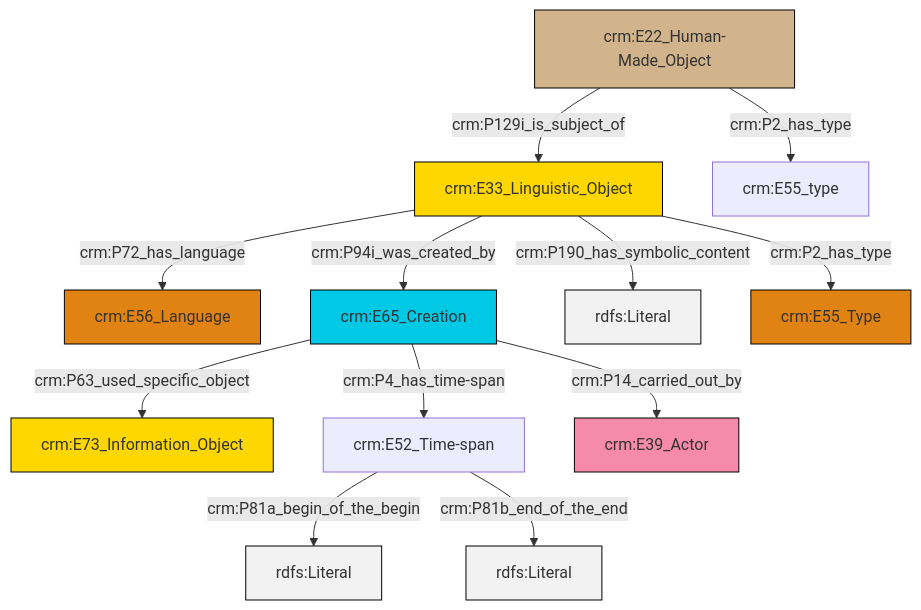
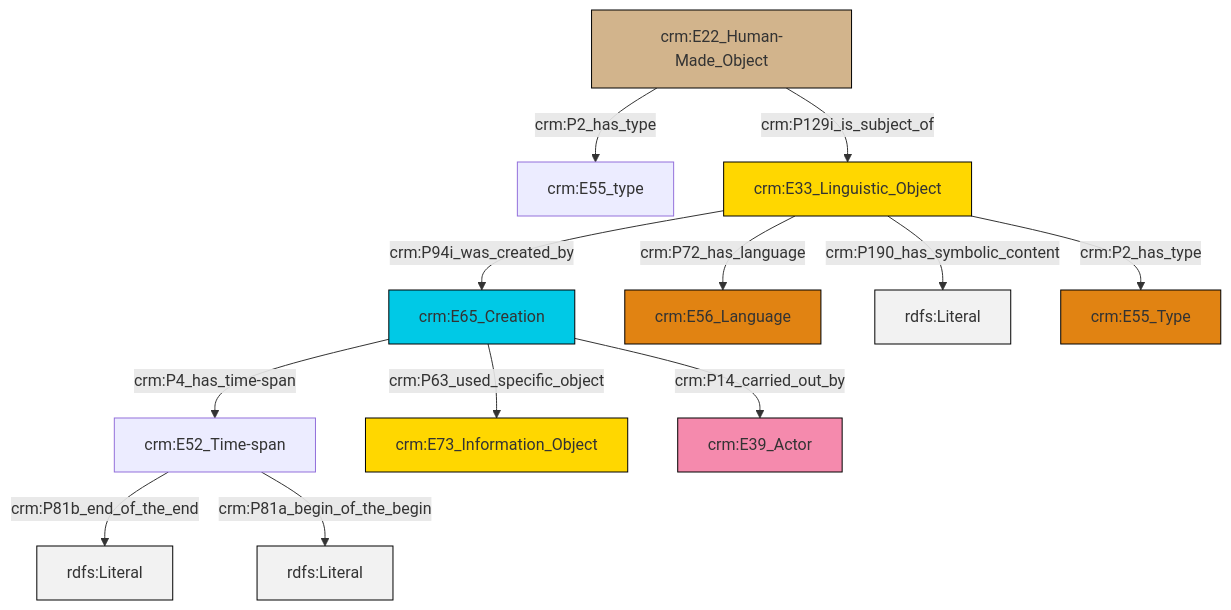
The diagram in et/artworkCSV/ttl/mmd/Artwork_Description.ttl.mmd (swiss-art-research-net/reference-data-models), drawn with Mermaid before and after one commit. The commit also changed 124 other files, not shown here.

```diff
--- a/et/artworkCSV/ttl/mmd/Artwork_Description.ttl.mmd
+++ b/et/artworkCSV/ttl/mmd/Artwork_Description.ttl.mmd
@@ -1,26 +1,26 @@
 graph TD
 classDef Literal fill:#f2f2f2,stroke:#000000;
 classDef CRM_Entity fill:#FFFFFF,stroke:#000000;
 classDef Temporal_Entity fill:#00C9E6, stroke:#000000;
 classDef Type fill:#E18312, stroke:#000000;
 classDef Time-Span fill:#2C9C91, stroke:#000000;
 classDef Appellation fill:#FFEB7F, stroke:#000000;
 classDef Place fill:#008836, stroke:#000000;
 classDef Persistent_Item fill:#B266B2, stroke:#000000;
 classDef Conceptual_Object fill:#FFD700, stroke:#000000;
 classDef Physical_Thing fill:#D2B48C, stroke:#000000;
 classDef Actor fill:#f58aad, stroke:#000000;
 classDef PC_Classes fill:#4ce600, stroke:#000000;
 classDef Multi fill:#cccccc,stroke:#000000;
 
-4["crm:E33_Linguistic_Object"]:::Conceptual_Object -->|crm:P72_has_language| 0["crm:E56_Language"]:::Type
-2["crm:E22_Human-Made_Object"]:::Physical_Thing -->|crm:P2_has_type| 9["crm:E55_type"]:::Default
-4["crm:E33_Linguistic_Object"]:::Conceptual_Object -->|crm:P190_has_symbolic_content| 10[rdfs:Literal]:::Literal
-11["crm:E52_Time-span"]:::Default -->|crm:P81a_begin_of_the_begin| 12[rdfs:Literal]:::Literal
-7["crm:E65_Creation"]:::Temporal_Entity -->|crm:P4_has_time-span| 11["crm:E52_Time-span"]:::Default
-7["crm:E65_Creation"]:::Temporal_Entity -->|crm:P14_carried_out_by| 13["crm:E39_Actor"]:::Actor
-7["crm:E65_Creation"]:::Temporal_Entity -->|crm:P63_used_specific_object| 5["crm:E73_Information_Object"]:::Conceptual_Object
-4["crm:E33_Linguistic_Object"]:::Conceptual_Object -->|crm:P94i_was_created_by| 7["crm:E65_Creation"]:::Temporal_Entity
-2["crm:E22_Human-Made_Object"]:::Physical_Thing -->|crm:P129i_is_subject_of| 4["crm:E33_Linguistic_Object"]:::Conceptual_Object
-4["crm:E33_Linguistic_Object"]:::Conceptual_Object -->|crm:P2_has_type| 14["crm:E55_Type"]:::Type
-11["crm:E52_Time-span"]:::Default -->|crm:P81b_end_of_the_end| 19[rdfs:Literal]:::Literal
+0["crm:E65_Creation"]:::Temporal_Entity -->|crm:P4_has_time-span| 1["crm:E52_Time-span"]:::Default
+0["crm:E65_Creation"]:::Temporal_Entity -->|crm:P63_used_specific_object| 2["crm:E73_Information_Object"]:::Conceptual_Object
+3["crm:E22_Human-Made_Object"]:::Physical_Thing -->|crm:P2_has_type| 4["crm:E55_type"]:::Default
+1["crm:E52_Time-span"]:::Default -->|crm:P81b_end_of_the_end| 8[rdfs:Literal]:::Literal
+13["crm:E33_Linguistic_Object"]:::Conceptual_Object -->|crm:P190_has_symbolic_content| 14[rdfs:Literal]:::Literal
+13["crm:E33_Linguistic_Object"]:::Conceptual_Object -->|crm:P2_has_type| 15["crm:E55_Type"]:::Type
+13["crm:E33_Linguistic_Object"]:::Conceptual_Object -->|crm:P94i_was_created_by| 0["crm:E65_Creation"]:::Temporal_Entity
+13["crm:E33_Linguistic_Object"]:::Conceptual_Object -->|crm:P72_has_language| 6["crm:E56_Language"]:::Type
+0["crm:E65_Creation"]:::Temporal_Entity -->|crm:P14_carried_out_by| 9["crm:E39_Actor"]:::Actor
+1["crm:E52_Time-span"]:::Default -->|crm:P81a_begin_of_the_begin| 18[rdfs:Literal]:::Literal
+3["crm:E22_Human-Made_Object"]:::Physical_Thing -->|crm:P129i_is_subject_of| 13["crm:E33_Linguistic_Object"]:::Conceptual_Object
```
